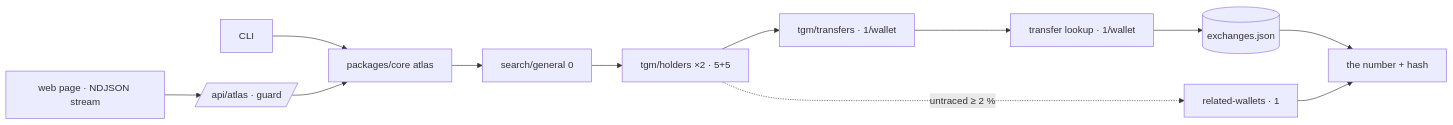
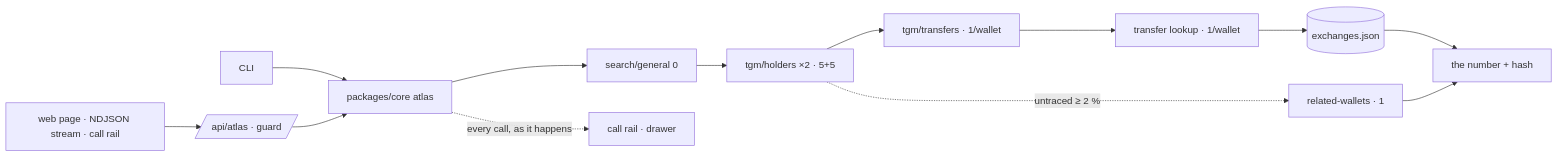
One commit to edycutjong/holderatlas changed the diagram in README.md. Above: the diagram before and after it, drawn with Mermaid. The commit also changed other lines of this file and 4 other files, not shown here.

Commit message:
docs: architecture PNG (Mermaid folded), the rail in README/JUDGE/ARCHITECTURE, 181 tests

````diff
--- a/README.md
+++ b/README.md
@@ -78,7 +82,8 @@
 ```mermaid
 flowchart LR
   CLI[CLI] --> A
-  WEB[web page · NDJSON stream] --> API[/api/atlas · guard/] --> A
+  WEB[web page · NDJSON stream · call rail] --> API[/api/atlas · guard/] --> A
   A[packages/core atlas] --> S[search/general 0] --> H[tgm/holders ×2 · 5+5] --> T[tgm/transfers · 1/wallet] --> L[transfer lookup · 1/wallet] --> X[(exchanges.json)] --> N[the number + hash]
   H -.untraced ≥ 2 %.-> K[related-wallets · 1] --> N
+  A -.every call, as it happens.-> R[call rail · drawer]
 ```
````
